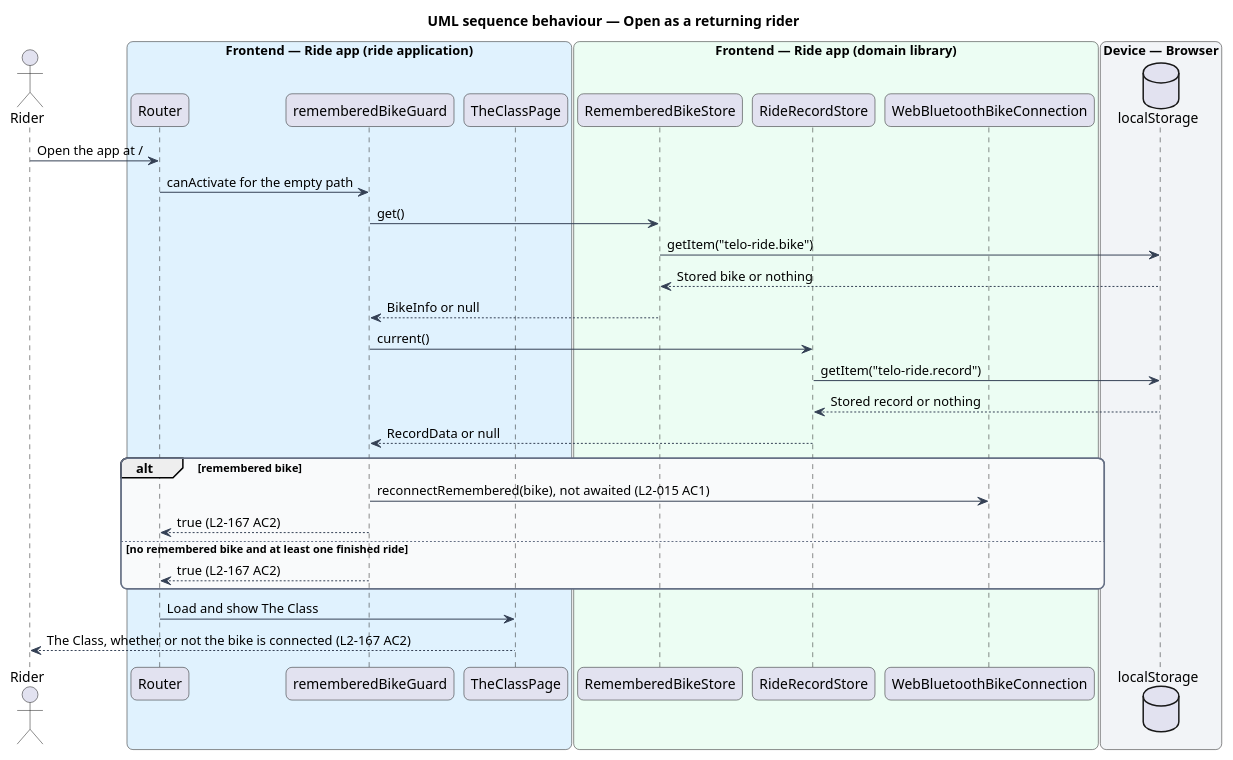
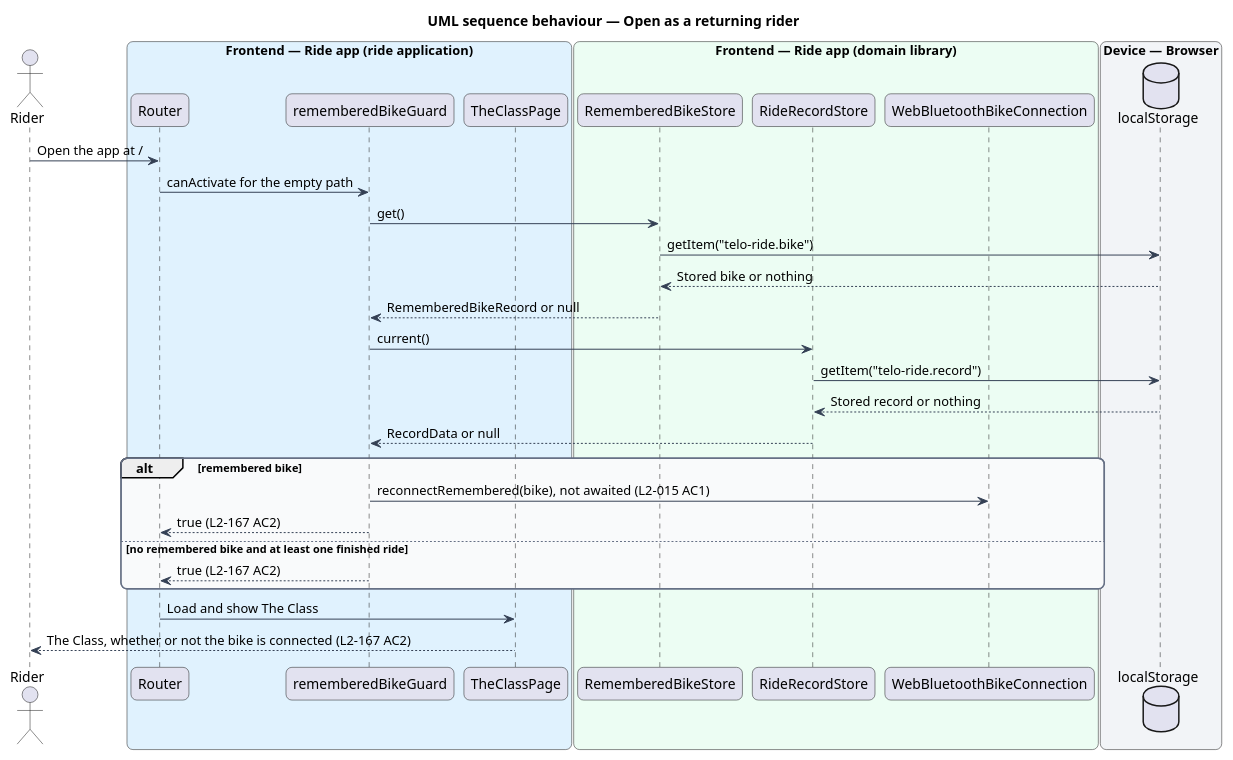
The diagram in docs/detailed-designs/the-class/open-the-app/diagrams/sequence-open-as-a-returning-rider.puml (QuinntyneBrown/ride-one), drawn with PlantUML before and after one commit. The commit also changed 106 other files, not shown here.

First line of the commit message:
Reconcile shared names and flows across the Telo Ride 1 designs

```diff
--- a/docs/detailed-designs/the-class/open-the-app/diagrams/sequence-open-as-a-returning-rider.puml
+++ b/docs/detailed-designs/the-class/open-the-app/diagrams/sequence-open-as-a-returning-rider.puml
@@ -1,49 +1,49 @@
 @startuml
 title UML sequence behaviour — Open as a returning rider
 skinparam backgroundColor #FFFFFF
 skinparam shadowing false
 skinparam roundcorner 12
 skinparam defaultFontName Arial
 skinparam ArrowColor #344054
 skinparam rectangle {
   BorderColor #344054
   FontColor #101828
 }
 skinparam package {
   BorderColor #667085
   FontColor #101828
   BackgroundColor #F9FAFB
 }
 actor "Rider" as rider
 box "Frontend — Ride app (ride application)" #E0F2FE
   participant "Router" as router
   participant "rememberedBikeGuard" as guard
   participant "TheClassPage" as page
 end box
 box "Frontend — Ride app (domain library)" #ECFDF3
   participant "RememberedBikeStore" as bikes
   participant "RideRecordStore" as record
   participant "WebBluetoothBikeConnection" as connection
 end box
 box "Device — Browser" #F2F4F7
   database "localStorage" as storage
 end box
 rider -> router : Open the app at /
 router -> guard : canActivate for the empty path
 guard -> bikes : get()
 bikes -> storage : getItem("telo-ride.bike")
 storage --> bikes : Stored bike or nothing
-bikes --> guard : BikeInfo or null
+bikes --> guard : RememberedBikeRecord or null
 guard -> record : current()
 record -> storage : getItem("telo-ride.record")
 storage --> record : Stored record or nothing
 record --> guard : RecordData or null
 alt remembered bike
   guard -> connection : reconnectRemembered(bike), not awaited (L2-015 AC1)
   guard --> router : true (L2-167 AC2)
 else no remembered bike and at least one finished ride
   guard --> router : true (L2-167 AC2)
 end
 router -> page : Load and show The Class
 page --> rider : The Class, whether or not the bike is connected (L2-167 AC2)
 @enduml
```
